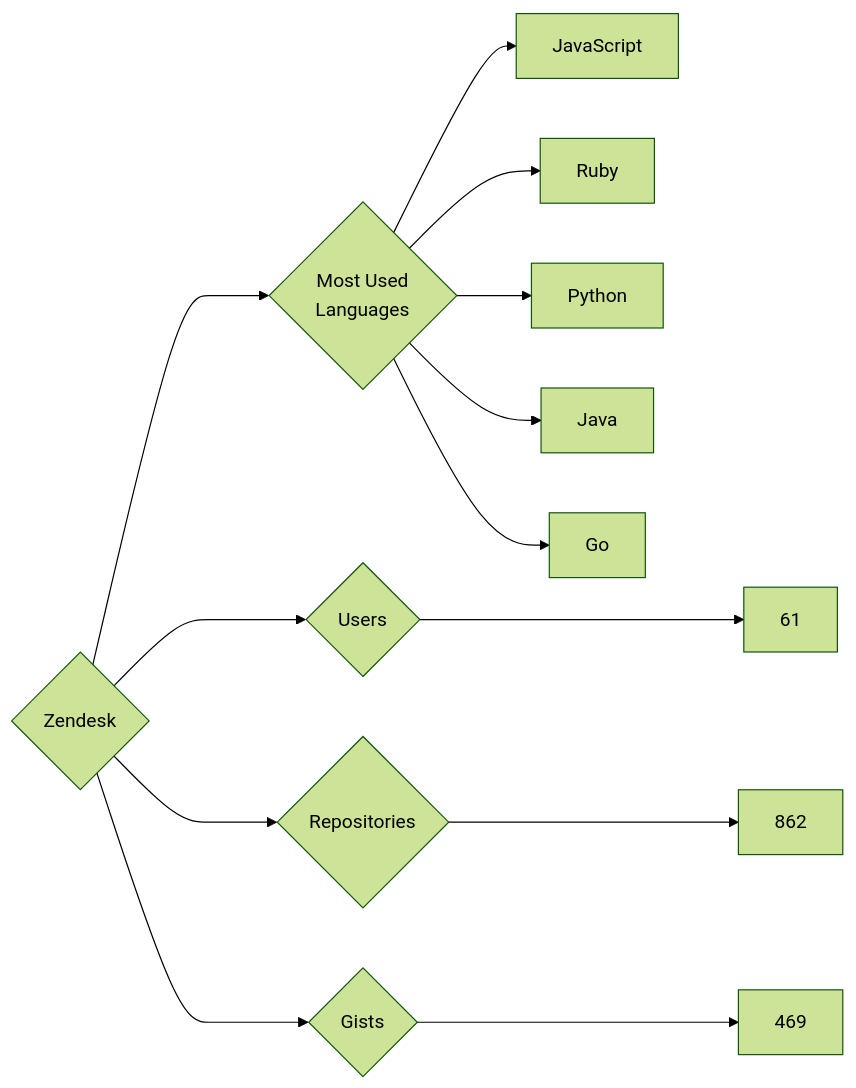
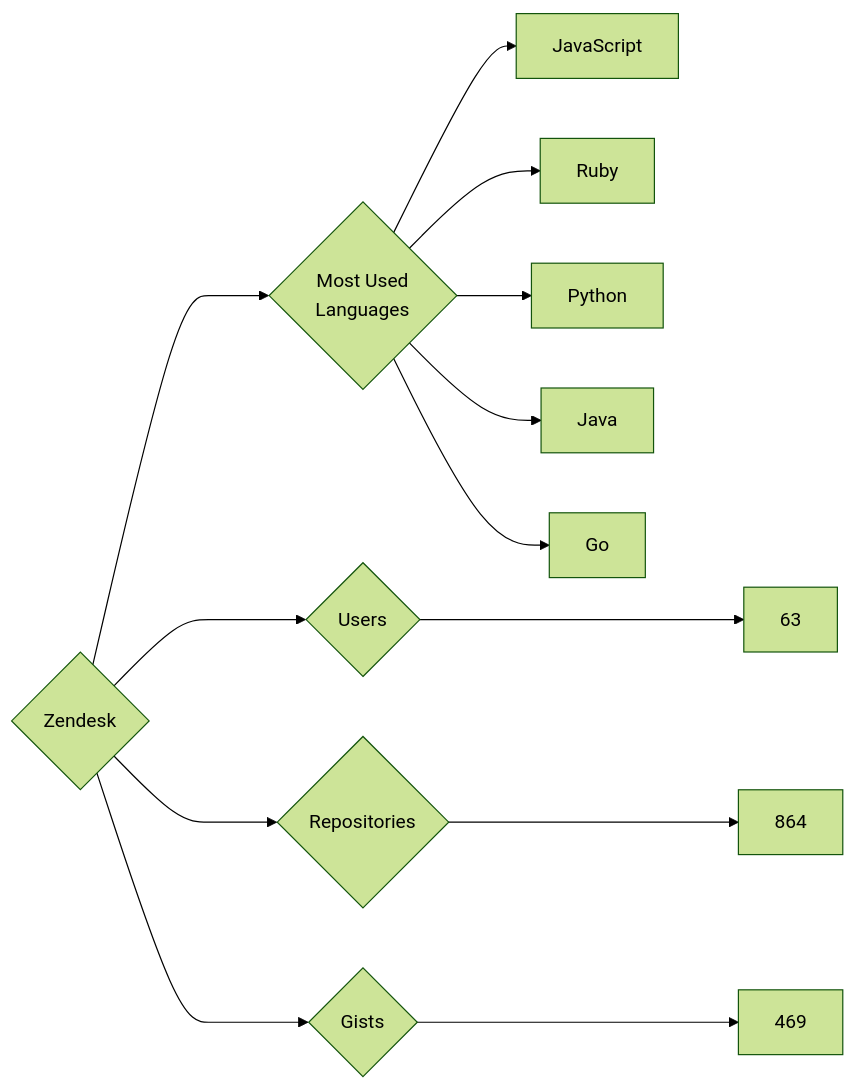
The diagram in targets/Zendesk/README.md (trickest/insiders), drawn with Mermaid (forest theme) before and after one commit. The commit also changed 972 other files, not shown here.

````diff
--- a/targets/Zendesk/README.md
+++ b/targets/Zendesk/README.md
@@ -3,13 +3,13 @@
 ```mermaid
 graph LR
 COMPANY_NAME{Zendesk}
-COMPANY_NAME ---> U{Users} ---> UN[61]
-COMPANY_NAME ---> R{Repositories} ---> RN[862]
+COMPANY_NAME ---> U{Users} ---> UN[63]
+COMPANY_NAME ---> R{Repositories} ---> RN[864]
 COMPANY_NAME ---> G{Gists} ---> GN[469]
 COMPANY_NAME ---> ML{Most Used<br>Languages}
 ML --> JavaScript[JavaScript]
 ML --> Ruby[Ruby]
 ML --> Python[Python]
 ML --> Java[Java]
 ML --> Go[Go]
 ```
````
